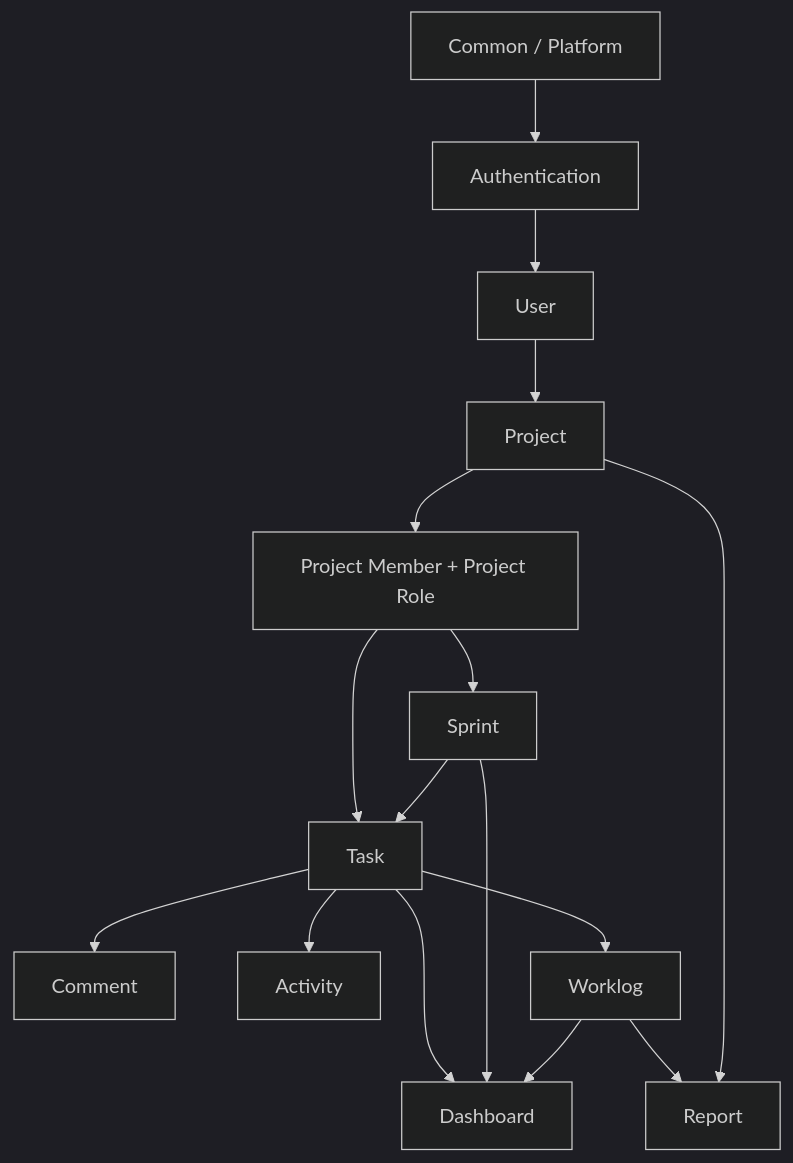
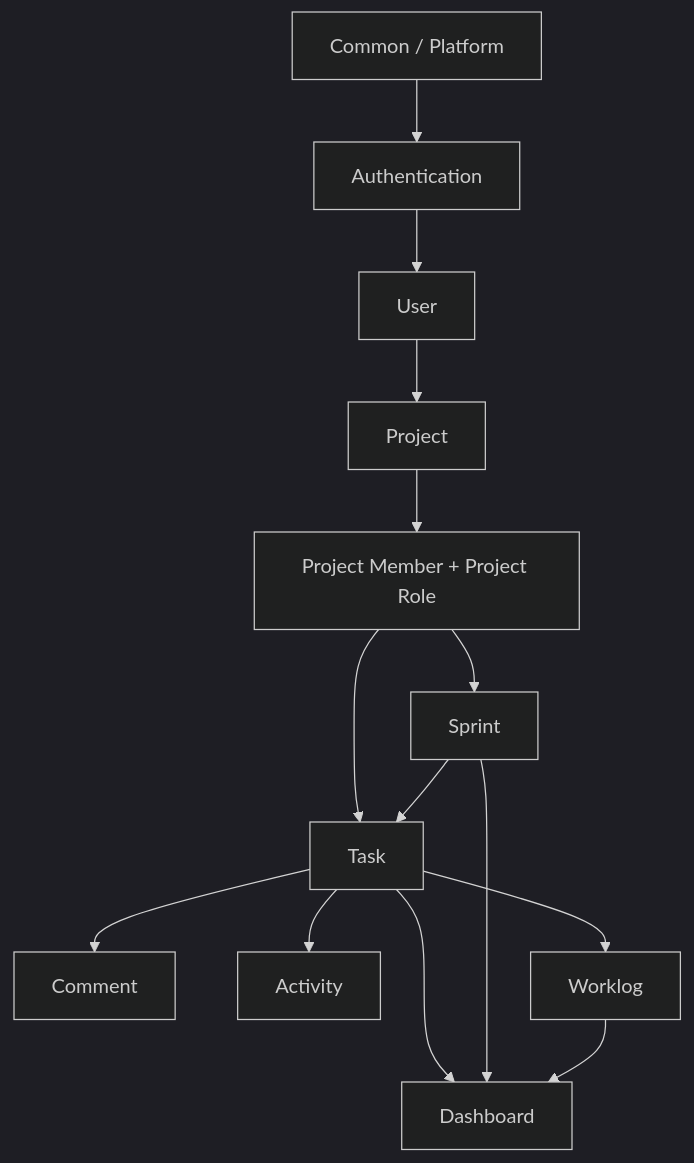
The second of 2 diagrams in docs/PROJECT-IMPLEMENTATION-PLAN.md (GroupFresherNhanMentor/Project-Management-System), drawn with Mermaid (dark theme) before and after one commit. The commit also changed other lines of this file and 121 other files, not shown here.

````diff
--- a/docs/PROJECT-IMPLEMENTATION-PLAN.md
+++ b/docs/PROJECT-IMPLEMENTATION-PLAN.md
@@ -129,18 +128,16 @@
 ```mermaid
 flowchart TD
     P["Common / Platform"] --> AU["Authentication"]
     AU --> US["User"]
     US --> PR["Project"]
     PR --> PM["Project Member + Project Role"]
     PM --> SP["Sprint"]
     PM --> TA["Task"]
     SP --> TA
     TA --> CO["Comment"]
     TA --> AC["Activity"]
     TA --> WL["Worklog"]
     TA --> DA["Dashboard"]
     SP --> DA
     WL --> DA
-    WL --> RE["Report"]
-    PR --> RE
 ```
````
